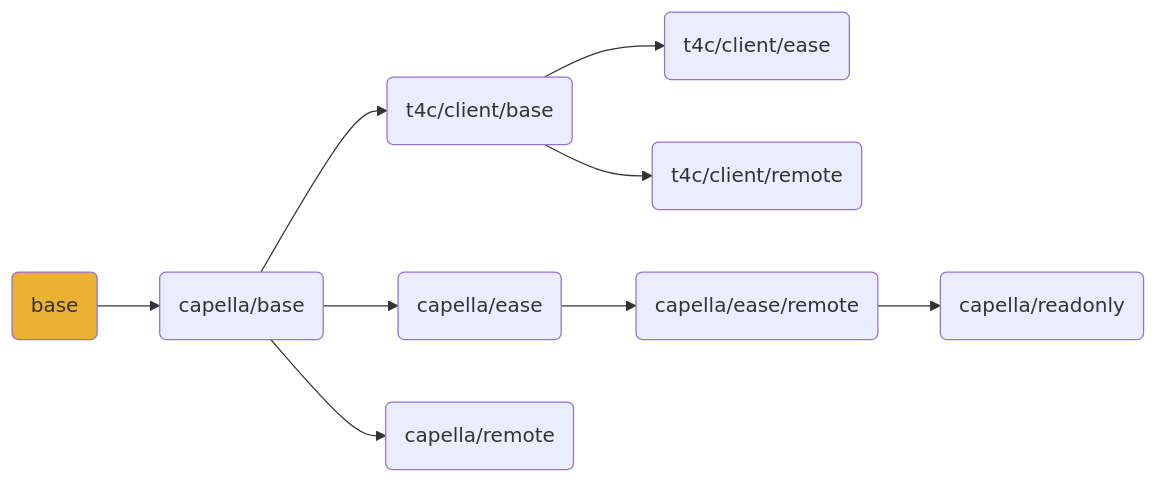
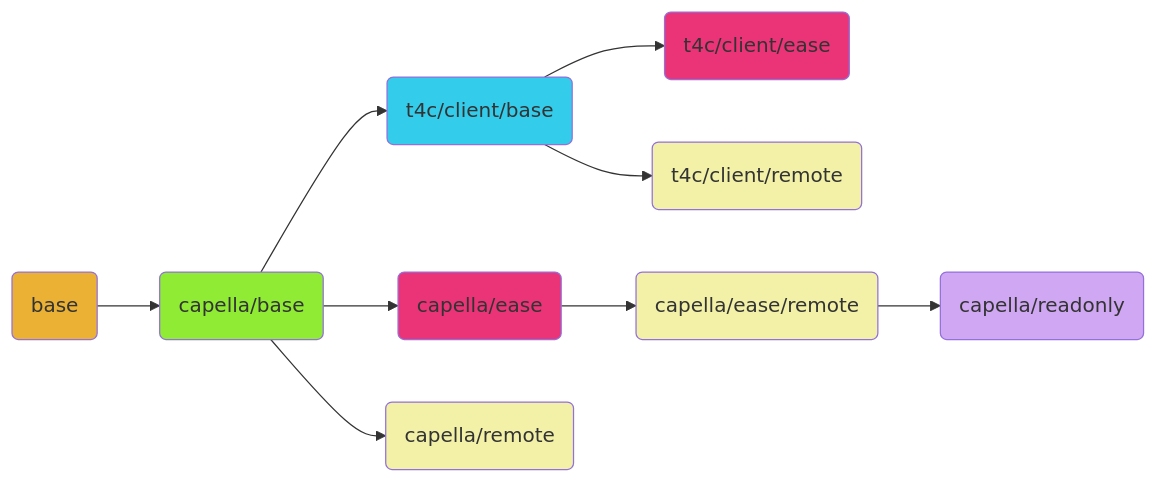
One commit to DSD-DBS/capella-dockerimages changed the diagram in README.md. Above: the diagram before and after it, drawn with Mermaid.

Commit message:
Add styling to mermaid graph

````diff
--- a/README.md
+++ b/README.md
@@ -24,11 +24,19 @@
 ```mermaid
 flowchart LR
     A(base) --> B(capella/base)
     B(capella/base) --> C(t4c/client/base)
     B(capella/base) --> D(capella/ease)
     C(t4c/client/base) --> E(t4c/client/ease)
     B(capella/base) --> F(capella/remote)
     C(t4c/client/base) --> G(t4c/client/remote)
     D(capella/ease) --> H(capella/ease/remote) --> I(capella/readonly)
     style A fill:#ebb134
+    style B fill:#8feb34
+    style C fill:#34cceb
+    style D fill:#eb3477
+    style E fill:#eb3477
+    style F fill:#f2f1a7
+    style G fill:#f2f1a7
+    style H fill:#f2f1a7
+    style I fill:#d0a7f2
 ```
````
